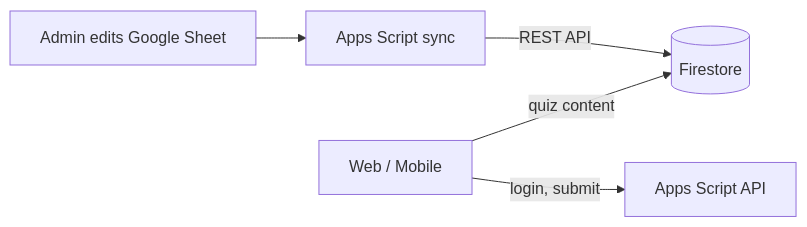
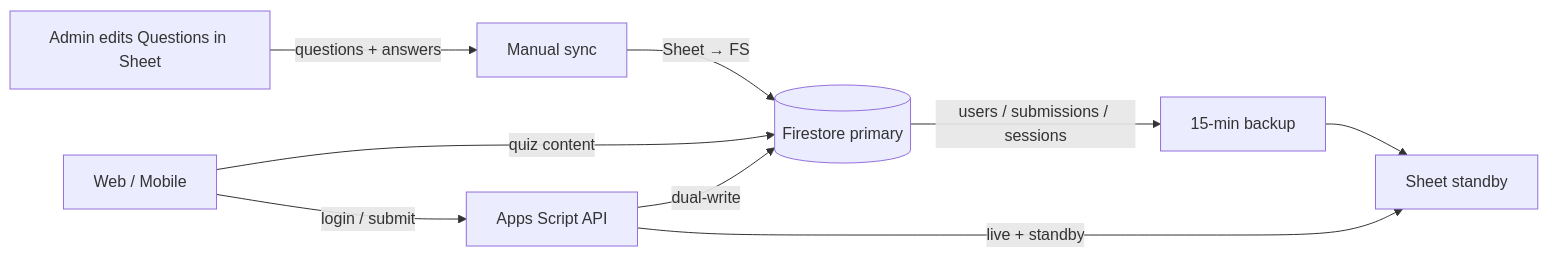
Before and after one commit to kjjaison/bba-quiz: the diagram in docs/FIRESTORE-SPARK.md, drawn with Mermaid. The commit also changed other lines of this file and 19 other files, not shown here.

First line of the commit message:
Make Firestore primary for runtime data and speed up login, quiz load, and submit.

````diff
--- a/docs/FIRESTORE-SPARK.md
+++ b/docs/FIRESTORE-SPARK.md
@@ -5,12 +5,18 @@
 ```mermaid
 flowchart LR
-  Admin[Admin edits Google Sheet]
-  GAS[Apps Script sync]
-  FS[(Firestore)]
+  Admin[Admin edits Questions in Sheet]
+  Manual[Manual sync]
+  FS[(Firestore primary)]
+  Backup[15-min backup]
+  Sheet[Sheet standby]
   App[Web / Mobile]
   API[Apps Script API]
-  Admin --> GAS
-  GAS -->|REST API| FS
+  Admin -->|questions + answers| Manual
+  Manual -->|Sheet → FS| FS
+  FS -->|users / submissions / sessions| Backup
+  Backup --> Sheet
   App -->|quiz content| FS
-  App -->|login, submit| API
+  App -->|login / submit| API
+  API -->|dual-write| FS
+  API -->|live + standby| Sheet
 ```
````
